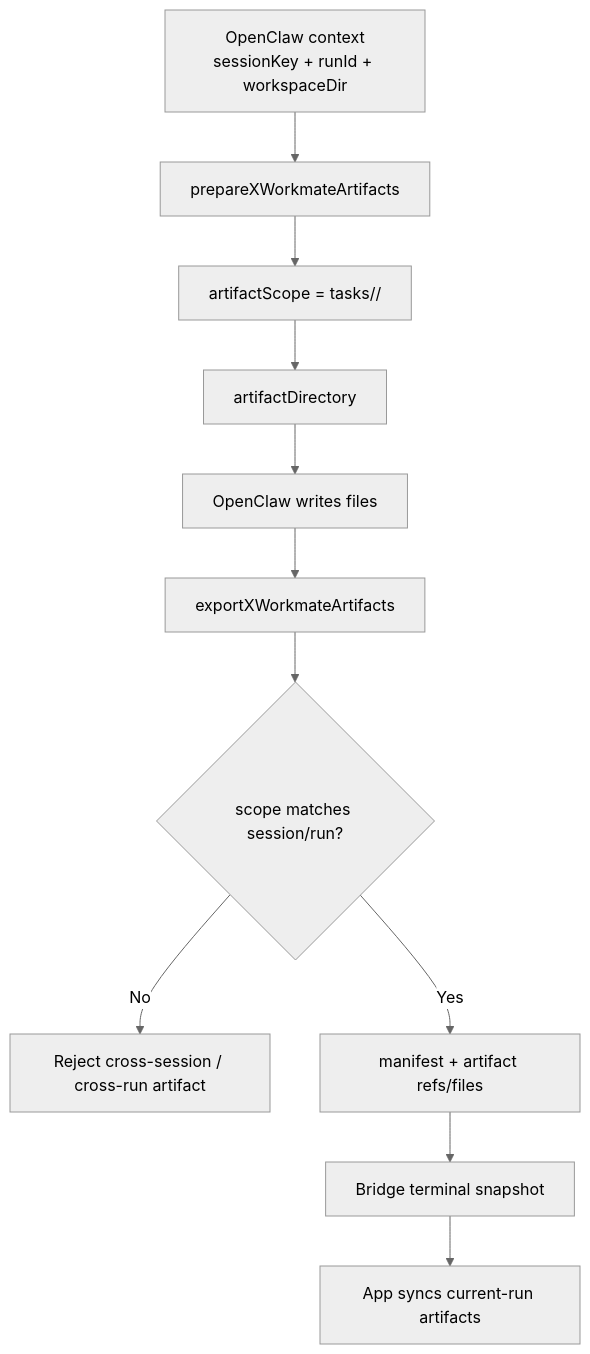
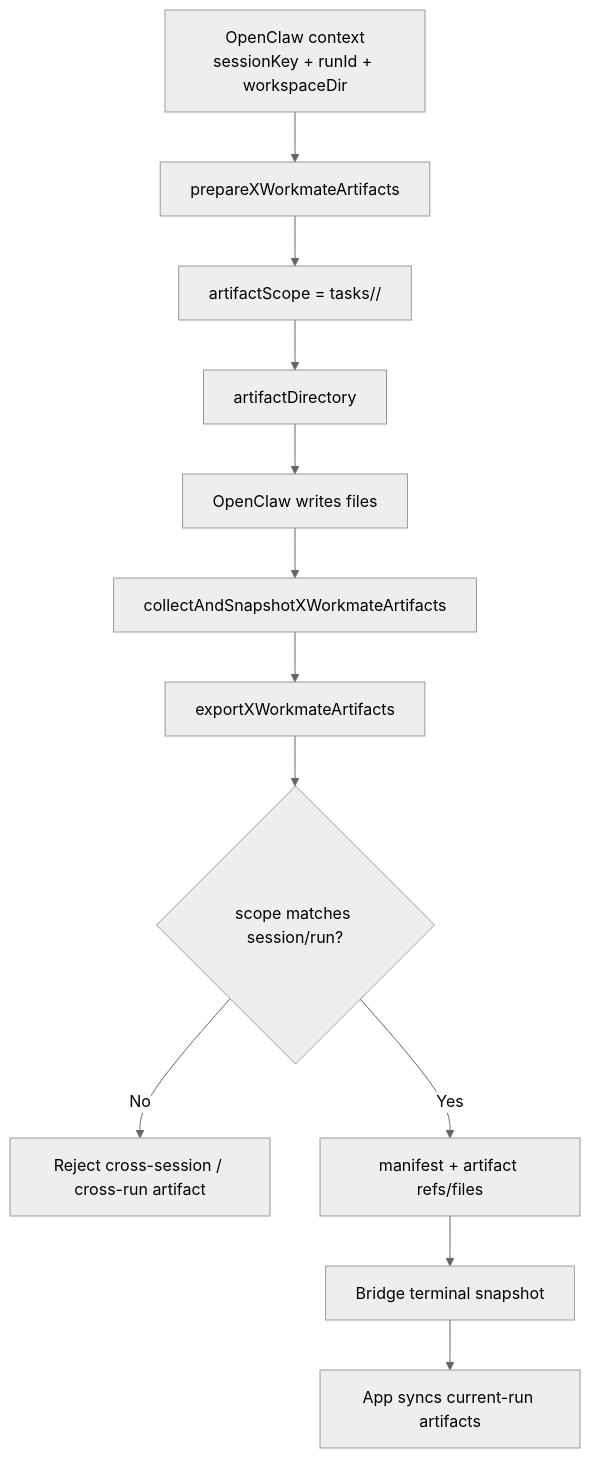
One commit to ai-workspace-lab/xworkmate-app changed the fourth of 4 diagrams in docs/architecture/cross-repo-task-state-workflow.md. Above: the diagram before and after it, drawn with Mermaid (neutral theme). The commit also changed other lines of this file and 8 other files, not shown here.

````diff
--- a/docs/architecture/cross-repo-task-state-workflow.md
+++ b/docs/architecture/cross-repo-task-state-workflow.md
@@ -244,13 +246,14 @@
 ```mermaid
 flowchart TD
   CTX["OpenClaw context<br/>sessionKey + runId + workspaceDir"] --> PREP["prepareXWorkmateArtifacts"]
   PREP --> SCOPE["artifactScope = tasks/<session>/<run>"]
   SCOPE --> DIR["artifactDirectory"]
   DIR --> RUN["OpenClaw writes files"]
-  RUN --> EXPORT["exportXWorkmateArtifacts"]
+  RUN --> COLLECT["collectAndSnapshotXWorkmateArtifacts"]
+  COLLECT --> EXPORT["exportXWorkmateArtifacts"]
   EXPORT --> VALIDATE{"scope matches session/run?"}
   VALIDATE -->|No| ERR["Reject cross-session / cross-run artifact"]
   VALIDATE -->|Yes| MANIFEST["manifest + artifact refs/files"]
   MANIFEST --> BR["Bridge terminal snapshot"]
   BR --> APP["App syncs current-run artifacts"]
 ```
````
